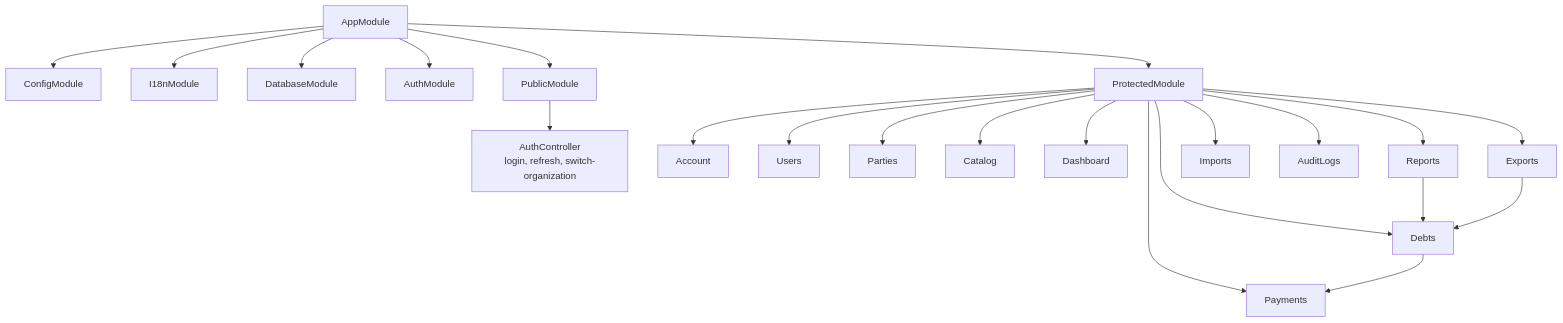
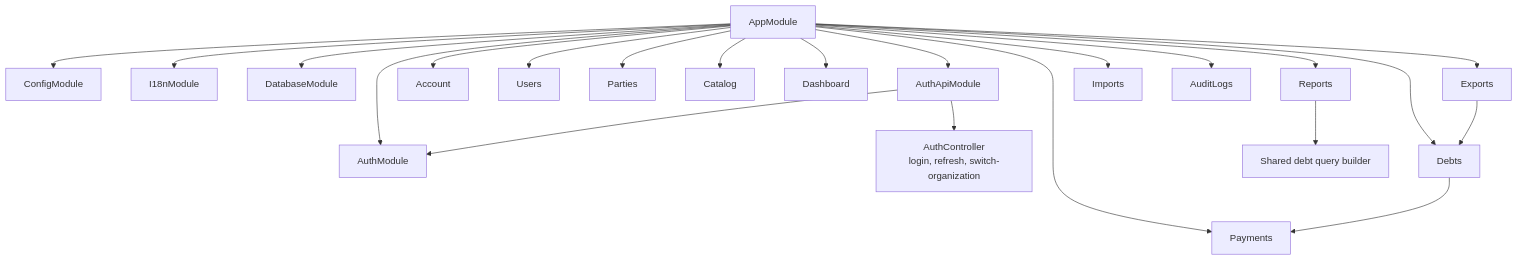
Before and after one commit to PhuongT1/debtflow-api: the third of 4 diagrams in docs/02-architecture.md, drawn with Mermaid. The commit also changed other lines of this file and 13 other files, not shown here.

Commit message:
docs(api): update architecture guides and generated references

````diff
--- a/docs/02-architecture.md
+++ b/docs/02-architecture.md
@@ -50,15 +50,15 @@
 ```mermaid
 flowchart TB
     AppModule --> ConfigModule
     AppModule --> I18nModule
     AppModule --> DatabaseModule
     AppModule --> AuthModule
-    AppModule --> PublicModule
-    AppModule --> ProtectedModule
-    PublicModule --> AuthController["AuthController<br/>login, refresh, switch-organization"]
-    ProtectedModule --> Account & Users & Parties & Catalog & Debts & Payments
-    ProtectedModule --> Dashboard & Reports & Exports & Imports & AuditLogs
+    AppModule --> AuthApiModule
+    AuthApiModule --> AuthController["AuthController<br/>login, refresh, switch-organization"]
+    AuthApiModule --> AuthModule
+    AppModule --> Account & Users & Parties & Catalog & Debts & Payments
+    AppModule --> Dashboard & Reports & Exports & Imports & AuditLogs
     Debts --> Payments
-    Reports --> Debts
+    Reports --> DebtQuery["Shared debt query builder"]
     Exports --> Debts
 ```
````
